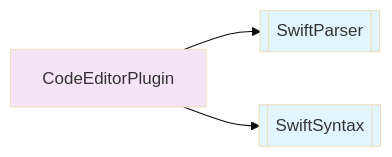
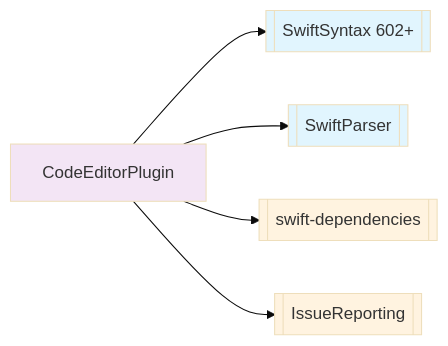
One commit to ajmcclary/CodeEditorKit changed the first of 2 diagrams in Diagrams/25-package-dependencies.md. Above: the diagram before and after it, drawn with Mermaid (base theme). The commit also changed other lines of this file and 12 other files, not shown here.

First line of the commit message:
Update package dependencies and architecture diagrams for CodeEditorPlugin

````diff
--- a/Diagrams/25-package-dependencies.md
+++ b/Diagrams/25-package-dependencies.md
@@ -19,9 +22,13 @@
 ```mermaid
 flowchart LR
+    CodeEditorPlugin-->SwiftSyntax[[SwiftSyntax 602+]]
     CodeEditorPlugin-->SwiftParser[[SwiftParser]]
-    CodeEditorPlugin-->SwiftSyntax[[SwiftSyntax]]
-    
+    CodeEditorPlugin-->Dependencies[[swift-dependencies]]
+    CodeEditorPlugin-->IssueReporting[[IssueReporting]]
+
     style SwiftSyntax fill:#e1f5fe
     style SwiftParser fill:#e1f5fe
     style CodeEditorPlugin fill:#f3e5f5
+    style Dependencies fill:#fff3e0
+    style IssueReporting fill:#fff3e0
 ```
````
